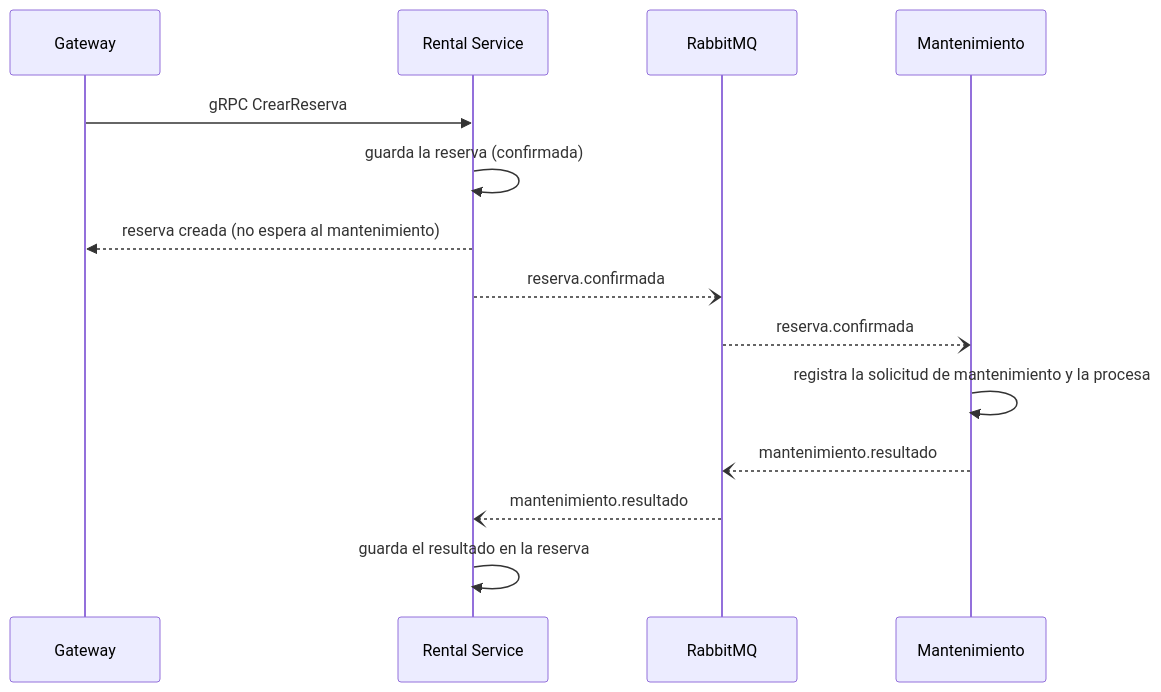
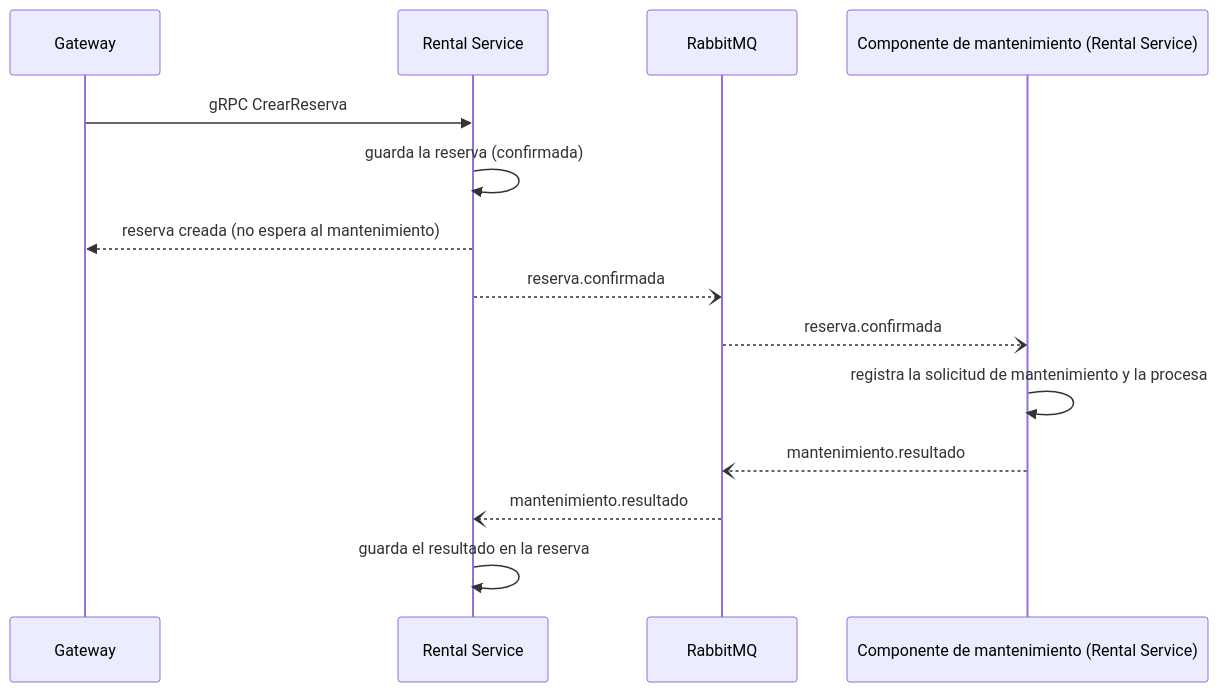
Before and after one commit to tomaseze23/rentar: the third of 3 diagrams in eventos/README.md, drawn with Mermaid. The commit also changed other lines of this file and 30 other files, not shown here.

````diff
--- a/eventos/README.md
+++ b/eventos/README.md
@@ -218,16 +218,16 @@
 ```mermaid
 sequenceDiagram
     participant GW as Gateway
     participant R as Rental Service
     participant MQ as RabbitMQ
-    participant M as Mantenimiento
+    participant M as Componente de mantenimiento (Rental Service)
     GW->>R: gRPC CrearReserva
     R->>R: guarda la reserva (confirmada)
     R-->>GW: reserva creada (no espera al mantenimiento)
     R--)MQ: reserva.confirmada
     MQ--)M: reserva.confirmada
     M->>M: registra la solicitud de mantenimiento y la procesa
     M--)MQ: mantenimiento.resultado
     MQ--)R: mantenimiento.resultado
     R->>R: guarda el resultado en la reserva
 ```
````
